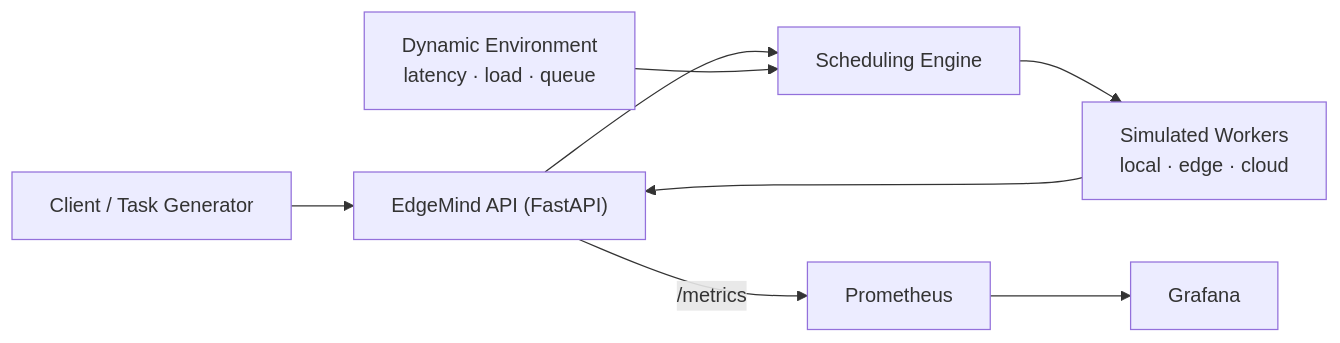
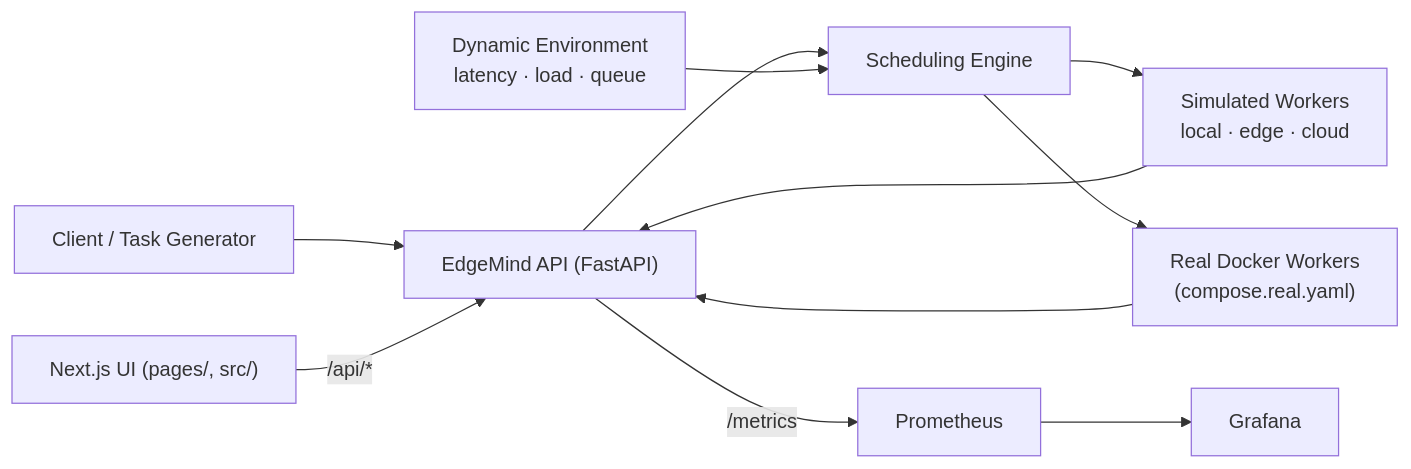
Before and after one commit to Rakib-codee/EdgeMind: the diagram in README.md, drawn with Mermaid. The commit also changed other lines of this file, not shown here.

Commit message:
docs: rewrite README — results tables, demos, architecture, deploy guide

````diff
--- a/README.md
+++ b/README.md
@@ -66,9 +68,12 @@
 ```mermaid
 flowchart LR
     Client["Client / Task Generator"] --> API["EdgeMind API (FastAPI)"]
     API --> Scheduler["Scheduling Engine"]
     Env["Dynamic Environment<br/>latency · load · queue"] --> Scheduler
     Scheduler --> Workers["Simulated Workers<br/>local · edge · cloud"]
+    Scheduler --> RealWorkers["Real Docker Workers<br/>(compose.real.yaml)"]
     Workers --> API
+    RealWorkers --> API
+    UI["Next.js UI (pages/, src/)"] -->|/api/*| API
     API -->|/metrics| Prometheus --> Grafana
 ```
````
